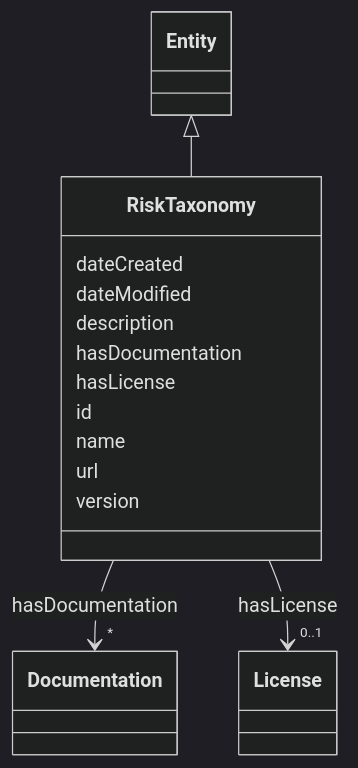
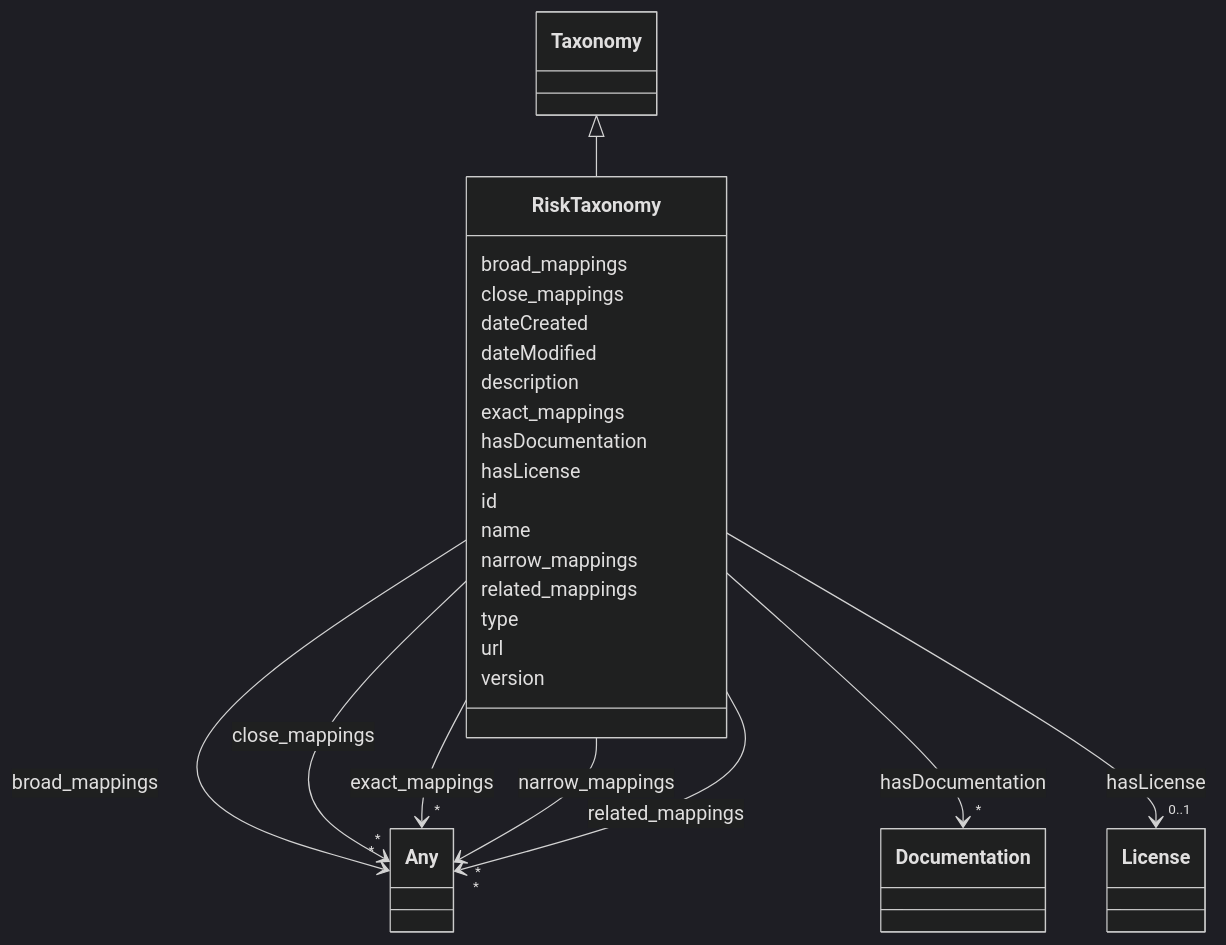
Before and after one commit to ingelise/risk-atlas-nexus: the diagram in docs/ontology/RiskTaxonomy.md, drawn with Mermaid (dark theme). The commit also changed other lines of this file and 180 other files, not shown here.

```diff
--- a/docs/ontology/RiskTaxonomy.md
+++ b/docs/ontology/RiskTaxonomy.md
@@ -19,14 +19,47 @@
  classDiagram
     class RiskTaxonomy
     click RiskTaxonomy href "../RiskTaxonomy/"
-      Entity <|-- RiskTaxonomy
-        click Entity href "../Entity/"
+      Taxonomy <|-- RiskTaxonomy
+        click Taxonomy href "../Taxonomy/"
+
+      RiskTaxonomy : broad_mappings
+
+
+
+
+
+        RiskTaxonomy --> "*" Any : broad_mappings
+        click Any href "../Any/"
+
+
+
+      RiskTaxonomy : close_mappings
+
+
+
+
+
+        RiskTaxonomy --> "*" Any : close_mappings
+        click Any href "../Any/"
+
+
 
       RiskTaxonomy : dateCreated
 
       RiskTaxonomy : dateModified
 
       RiskTaxonomy : description
+
+      RiskTaxonomy : exact_mappings
+
+
+
+
+
+        RiskTaxonomy --> "*" Any : exact_mappings
+        click Any href "../Any/"
+
+
 
       RiskTaxonomy : hasDocumentation
 
@@ -54,6 +87,30 @@
 
       RiskTaxonomy : name
 
+      RiskTaxonomy : narrow_mappings
+
+
+
+
+
+        RiskTaxonomy --> "*" Any : narrow_mappings
+        click Any href "../Any/"
+
+
+
+      RiskTaxonomy : related_mappings
+
+
+
+
+
+        RiskTaxonomy --> "*" Any : related_mappings
+        click Any href "../Any/"
+
+
+
+      RiskTaxonomy : type
+
       RiskTaxonomy : url
 
       RiskTaxonomy : version
```
